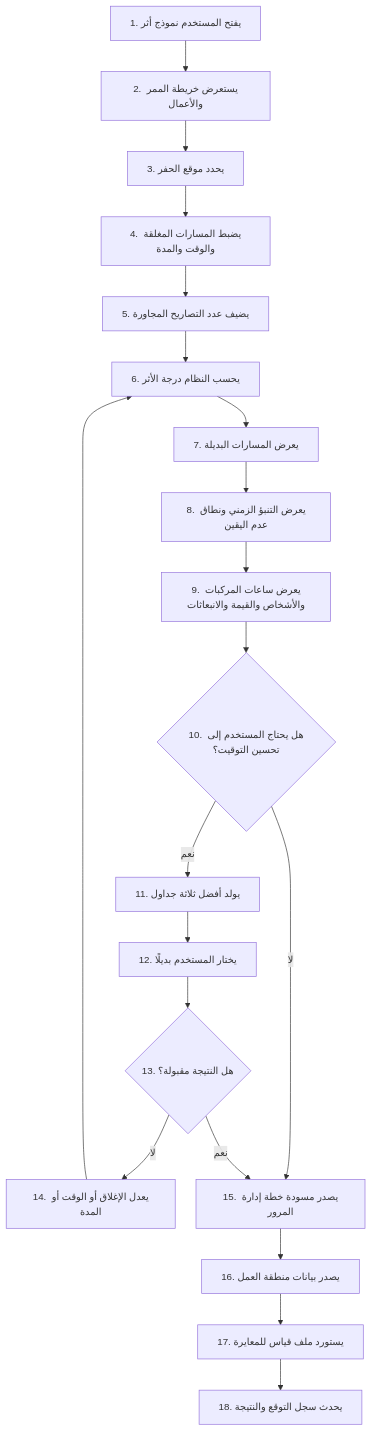
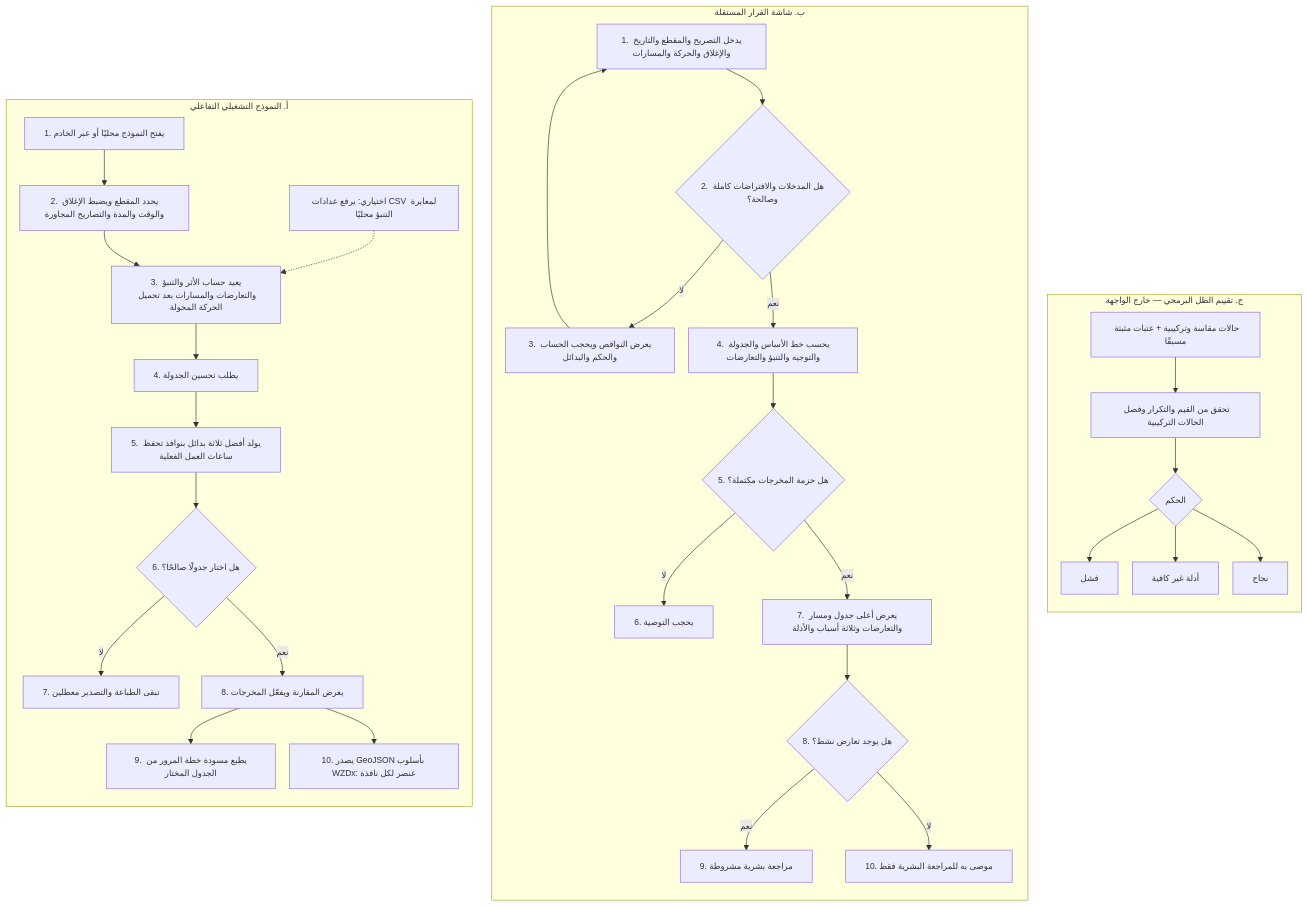
The second of 12 diagrams in research/2026-07-23/athar-competitor-benchmarks/user-experience-uml.md (NotMarwan/Baladiyathon), drawn with Mermaid before and after one commit. The commit also changed other lines of this file and 1 other file, not shown here.

Commit message:
docs: update prototype journey map

````diff
--- a/research/2026-07-23/athar-competitor-benchmarks/user-experience-uml.md
+++ b/research/2026-07-23/athar-competitor-benchmarks/user-experience-uml.md
@@ -53,28 +64,62 @@
 ```mermaid
-%%{init: {"flowchart": {"useMaxWidth": true, "nodeSpacing": 32, "rankSpacing": 48}, "themeVariables": {"fontSize": "15px"}}}%%
-flowchart TB
- A["1. يفتح المستخدم نموذج أثر"]
- B["2. يستعرض خريطة الممر والأعمال"]
- C["3. يحدد موقع الحفر"]
- D["4. يضبط المسارات المغلقة والوقت والمدة"]
- E["5. يضيف عدد التصاريح المجاورة"]
- F["6. يحسب النظام درجة الأثر"]
- G["7. يعرض المسارات البديلة"]
- H["8. يعرض التنبؤ الزمني ونطاق عدم اليقين"]
- I["9. يعرض ساعات المركبات والأشخاص والقيمة والانبعاثات"]
- J{"10. هل يحتاج المستخدم إلى تحسين التوقيت؟"}
- K["11. يولد أفضل ثلاثة جداول"]
- L["12. يختار المستخدم بديلًا"]
- M{"13. هل النتيجة مقبولة؟"}
- N["14. يعدل الإغلاق أو الوقت أو المدة"]
- O["15. يصدر مسودة خطة إدارة المرور"]
- P["16. يصدر بيانات منطقة العمل"]
- Q["17. يستورد ملف قياس للمعايرة"]
- R["18. يحدث سجل التوقع والنتيجة"]
- A --> B --> C --> D --> E --> F --> G --> H --> I --> J
- J -->|"نعم"| K --> L --> M
- J -->|"لا"| O
- M -->|"لا"| N --> F
- M -->|"نعم"| O --> P
- P --> Q --> R
+%%{init: {"flowchart": {"useMaxWidth": true, "nodeSpacing": 22, "rankSpacing": 30}, "themeVariables": {"fontSize": "13px"}}}%%
+flowchart LR
+ subgraph LAB["أ. النموذج التشغيلي التفاعلي"]
+  direction TB
+  A1["1. يفتح النموذج محليًا أو عبر الخادم"]
+  A2["2. يحدد المقطع ويضبط الإغلاق والوقت والمدة والتصاريح المجاورة"]
+  A3["3. يعيد حساب الأثر والتنبؤ والتعارضات والمسارات بعد تحميل الحركة المحولة"]
+  A4["4. يطلب تحسين الجدولة"]
+  A5["5. يولد أفضل ثلاثة بدائل بنوافذ تحفظ ساعات العمل الفعلية"]
+  A6{"6. هل اختار جدولًا صالحًا؟"}
+  A7["7. تبقى الطباعة والتصدير معطلين"]
+  A8["8. يعرض المقارنة ويفعّل المخرجات"]
+  A9["9. يطبع مسودة خطة المرور من الجدول المختار"]
+  A10["10. يصدر GeoJSON بأسلوب WZDx: عنصر لكل نافذة"]
+  A11["اختياري: يرفع عدادات CSV لمعايرة التنبؤ محليًا"]
+  A1 --> A2 --> A3 --> A4 --> A5 --> A6
+  A6 -->|"لا"| A7
+  A6 -->|"نعم"| A8
+  A8 --> A9
+  A8 --> A10
+  A11 -.-> A3
+ end
+
+ subgraph DECISION["ب. شاشة القرار المستقلة"]
+  direction TB
+  B1["1. يدخل التصريح والمقطع والتاريخ والإغلاق والحركة والمسارات"]
+  B2{"2. هل المدخلات والافتراضات كاملة وصالحة؟"}
+  B3["3. يعرض النواقص ويحجب الحساب والحكم والبدائل"]
+  B4["4. يحسب خط الأساس والجدولة والتوجيه والتنبؤ والتعارضات"]
+  B5{"5. هل حزمة المخرجات مكتملة؟"}
+  B6["6. يحجب التوصية"]
+  B7["7. يعرض أعلى جدول ومسار والتعارضات وثلاثة أسباب والأدلة"]
+  B8{"8. هل يوجد تعارض نشط؟"}
+  B9["9. مراجعة بشرية مشروطة"]
+  B10["10. موصى به للمراجعة البشرية فقط"]
+  B1 --> B2
+  B2 -->|"لا"| B3 --> B1
+  B2 -->|"نعم"| B4 --> B5
+  B5 -->|"لا"| B6
+  B5 -->|"نعم"| B7 --> B8
+  B8 -->|"نعم"| B9
+  B8 -->|"لا"| B10
+ end
+
+ subgraph SHADOW["ج. تقييم الظل البرمجي — خارج الواجهة"]
+  direction TB
+  C1["حالات مقاسة وتركيبية + عتبات مثبتة مسبقًا"]
+  C2["تحقق من القيم والتكرار وفصل الحالات التركيبية"]
+  C3{"الحكم"}
+  C4["فشل"]
+  C5["أدلة غير كافية"]
+  C6["نجاح"]
+  C1 --> C2 --> C3
+  C3 --> C4
+  C3 --> C5
+  C3 --> C6
+ end
+
+ LAB ~~~ DECISION
+ DECISION ~~~ SHADOW
 ```
````
